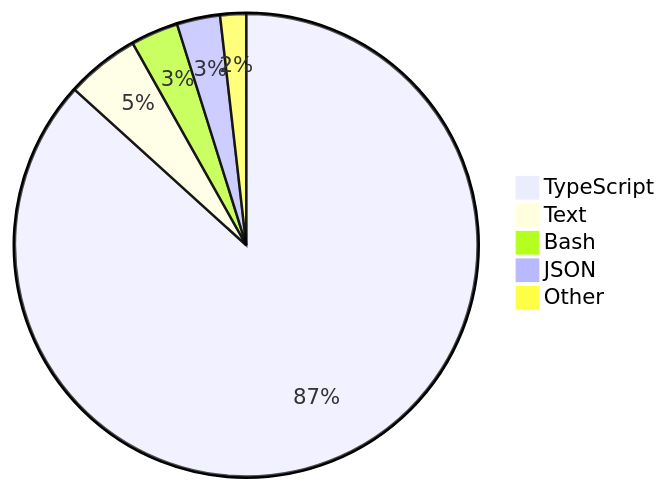
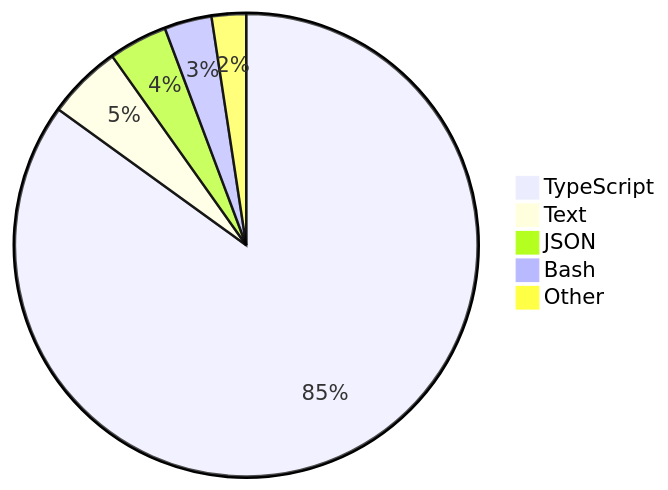
One commit to skvggor/skvggor changed the diagram in README.md. Above: the diagram before and after it, drawn with Mermaid.

Commit message:
Updated waka-readme graph with new metrics

````diff
--- a/README.md
+++ b/README.md
@@ -16,8 +16,8 @@
 ```mermaid
 pie
-    "TypeScript" : 86.2
-    "Text" : 5.1
+    "TypeScript" : 84.8
+    "Text" : 5.2
+    "JSON" : 4.1
     "Bash" : 3.3
-    "JSON" : 3.0
-    "Other" : 1.8
+    "Other" : 2.4
 ```
````
